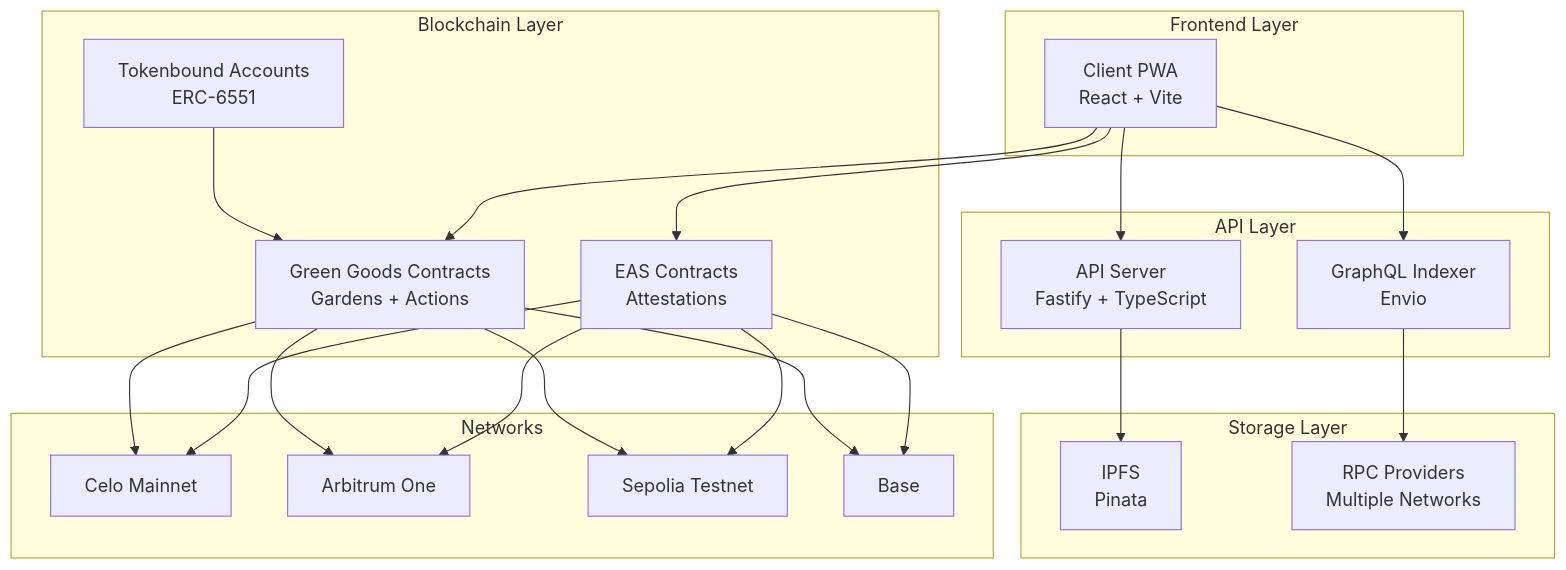
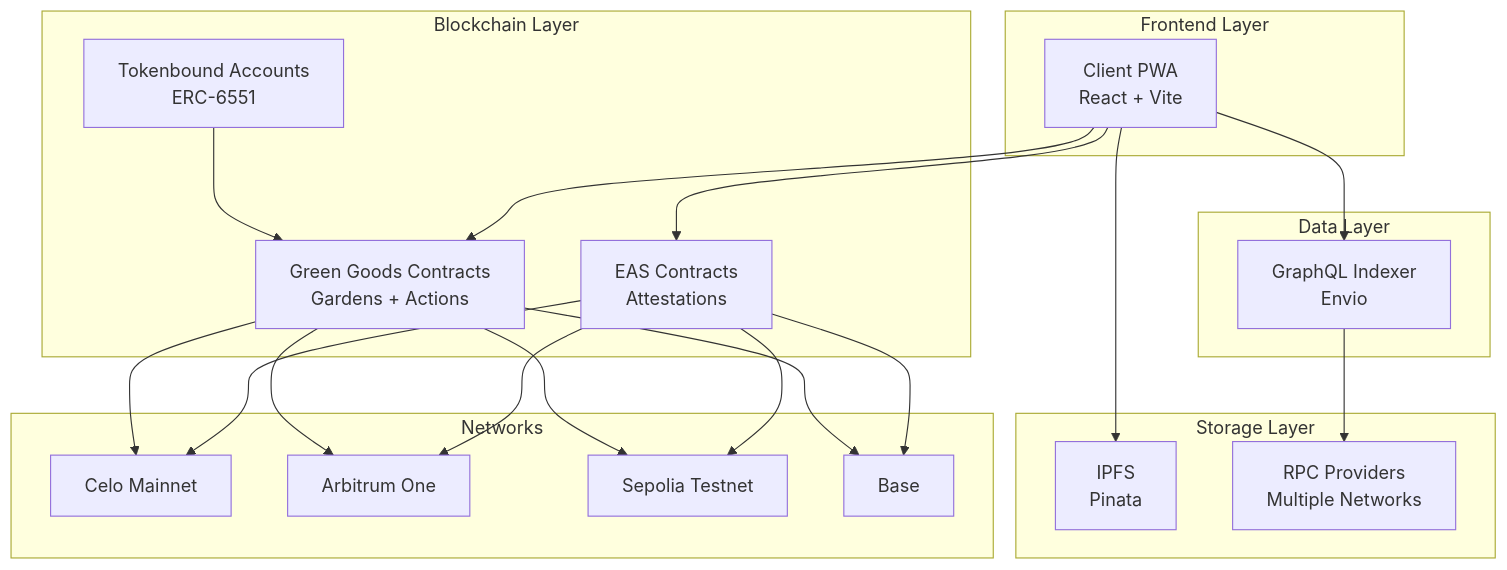
The first of 4 diagrams in docs/ARCHITECTURE.md (greenpill-dev-guild/green-goods), drawn with Mermaid before and after one commit. The commit also changed other lines of this file and 9 other files, not shown here.

````diff
--- a/docs/ARCHITECTURE.md
+++ b/docs/ARCHITECTURE.md
@@ -20,49 +19,47 @@
 ```mermaid
 graph TB
     subgraph "Frontend Layer"
         PWA[Client PWA<br/>React + Vite]
     end
     
-    subgraph "API Layer"
-        API[API Server<br/>Fastify + TypeScript]
+    subgraph "Data Layer"
         GQL[GraphQL Indexer<br/>Envio]
     end
     
     subgraph "Blockchain Layer"
         EAS[EAS Contracts<br/>Attestations]
         GG[Green Goods Contracts<br/>Gardens + Actions]
         TB[Tokenbound Accounts<br/>ERC-6551]
     end
     
     subgraph "Storage Layer"
         IPFS[IPFS<br/>Pinata]
         RPC[RPC Providers<br/>Multiple Networks]
     end
     
     subgraph "Networks"
         CELO[Celo Mainnet]
         ARB[Arbitrum One]
         SEP[Sepolia Testnet]
         BASE[Base]
     end
     
-    PWA --> API
     PWA --> GQL
     PWA --> EAS
     PWA --> GG
+    PWA --> IPFS
     
-    API --> IPFS
     GQL --> RPC
     
     EAS --> CELO
     EAS --> ARB
     EAS --> SEP
     EAS --> BASE
     
     GG --> CELO
     GG --> ARB
     GG --> SEP
     GG --> BASE
     
     TB --> GG
 ```
````
